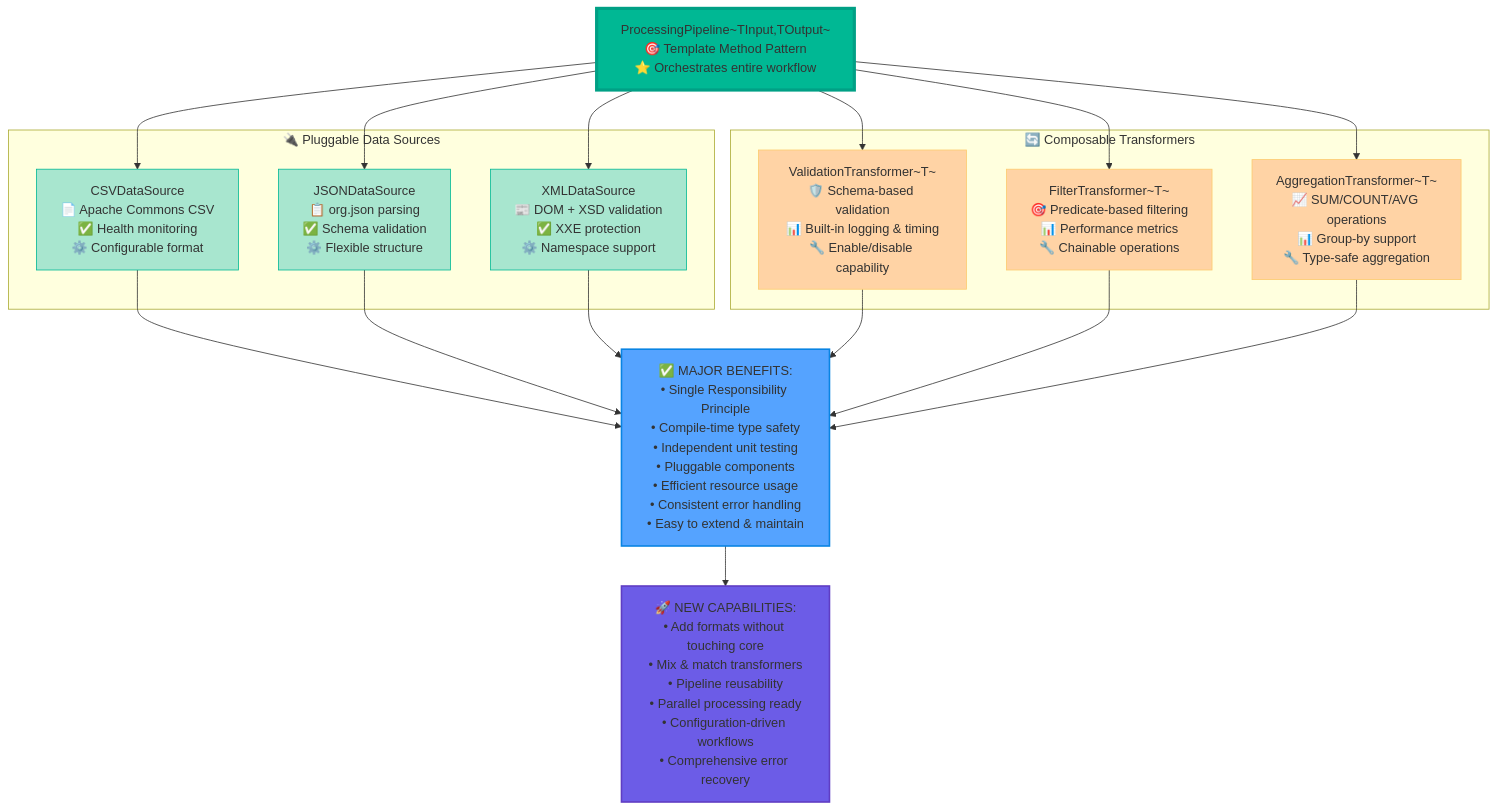
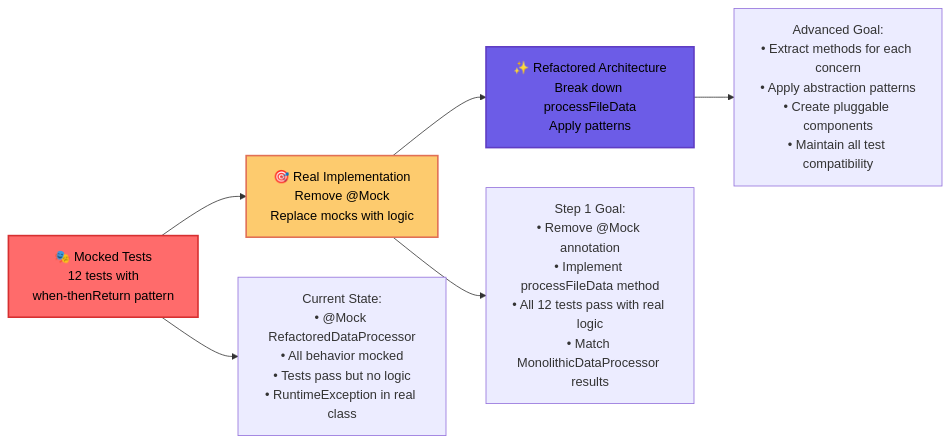
Before and after one commit to build-o-zer/dojo-java-abstract-and-generics: the fifth of 5 diagrams in containers/dojo-site/content/katas/java-abstraction-advanced.md, drawn with Mermaid. The commit also changed other lines of this file and 21 other files, not shown here.

````diff
--- a/containers/dojo-site/content/katas/java-abstraction-advanced.md
+++ b/containers/dojo-site/content/katas/java-abstraction-advanced.md
@@ -528,42 +823,21 @@
 ```mermaid
-graph TD
-    Pipeline[ProcessingPipeline~TInput,TOutput~<br/>🎯 Template Method Pattern<br/>⭐ Orchestrates entire workflow]
+graph LR
+    Mock[🎭 Mocked Tests<br/>12 tests with<br/>when-thenReturn pattern] 
     
-    subgraph "🔌 Pluggable Data Sources"
-        CSV_DS[CSVDataSource<br/>📄 Apache Commons CSV<br/>✅ Health monitoring<br/>⚙️ Configurable format]
-        JSON_DS[JSONDataSource<br/>📋 org.json parsing<br/>✅ Schema validation<br/>⚙️ Flexible structure]
-        XML_DS[XMLDataSource<br/>📰 DOM + XSD validation<br/>✅ XXE protection<br/>⚙️ Namespace support]
-    end
+    Real[🎯 Real Implementation<br/>Remove @Mock<br/>Replace mocks with logic]
     
-    subgraph "🔄 Composable Transformers"
-        Validator[ValidationTransformer~T~<br/>🛡️ Schema-based validation<br/>📊 Built-in logging & timing<br/>🔧 Enable/disable capability]
-        Filter[FilterTransformer~T~<br/>🎯 Predicate-based filtering<br/>📊 Performance metrics<br/>🔧 Chainable operations]
-        Aggregator[AggregationTransformer~T~<br/>📈 SUM/COUNT/AVG operations<br/>📊 Group-by support<br/>🔧 Type-safe aggregation]
-    end
+    Refactor[✨ Refactored Architecture<br/>Break down processFileData<br/>Apply patterns]
     
-    Pipeline --> CSV_DS
-    Pipeline --> JSON_DS
-    Pipeline --> XML_DS
-    Pipeline --> Validator
-    Pipeline --> Filter
-    Pipeline --> Aggregator
+    Mock --> Real
+    Real --> Refactor
     
-    CSV_DS --> Benefits[✅ MAJOR BENEFITS:<br/>• Single Responsibility Principle<br/>• Compile-time type safety<br/>• Independent unit testing<br/>• Pluggable components<br/>• Efficient resource usage<br/>• Consistent error handling<br/>• Easy to extend & maintain]
-    JSON_DS --> Benefits
-    XML_DS --> Benefits
-    Validator --> Benefits
-    Filter --> Benefits
-    Aggregator --> Benefits
+    Mock --> MockDetails[Current State:<br/>• @Mock RefactoredDataProcessor<br/>• All behavior mocked<br/>• Tests pass but no logic<br/>• RuntimeException in real class]
     
-    Benefits --> NewCapabilities[🚀 NEW CAPABILITIES:<br/>• Add formats without touching core<br/>• Mix & match transformers<br/>• Pipeline reusability<br/>• Parallel processing ready<br/>• Configuration-driven workflows<br/>• Comprehensive error recovery]
+    Real --> RealDetails[Step 1 Goal:<br/>• Remove @Mock annotation<br/>• Implement processFileData method<br/>• All 12 tests pass with real logic<br/>• Match MonolithicDataProcessor results]
     
-    style Pipeline fill:#00b894,stroke:#00a085,stroke-width:4px
-    style Benefits fill:#55a3ff,stroke:#0984e3,stroke-width:2px
-    style NewCapabilities fill:#6c5ce7,stroke:#5f3dc4,stroke-width:2px
-    style CSV_DS fill:#a8e6cf,stroke:#00b894
-    style JSON_DS fill:#a8e6cf,stroke:#00b894
-    style XML_DS fill:#a8e6cf,stroke:#00b894
-    style Validator fill:#ffd3a5,stroke:#fdcb6e
-    style Filter fill:#ffd3a5,stroke:#fdcb6e
-    style Aggregator fill:#ffd3a5,stroke:#fdcb6e
+    Refactor --> RefactorDetails[Advanced Goal:<br/>• Extract methods for each concern<br/>• Apply abstraction patterns<br/>• Create pluggable components<br/>• Maintain all test compatibility]
+    
+    style Mock fill:#ff6b6b,stroke:#d63031,stroke-width:2px,color:#000000
+    style Real fill:#fdcb6e,stroke:#e17055,stroke-width:2px,color:#000000
+    style Refactor fill:#6c5ce7,stroke:#5f3dc4,stroke-width:2px,color:#000000
 ```
````
